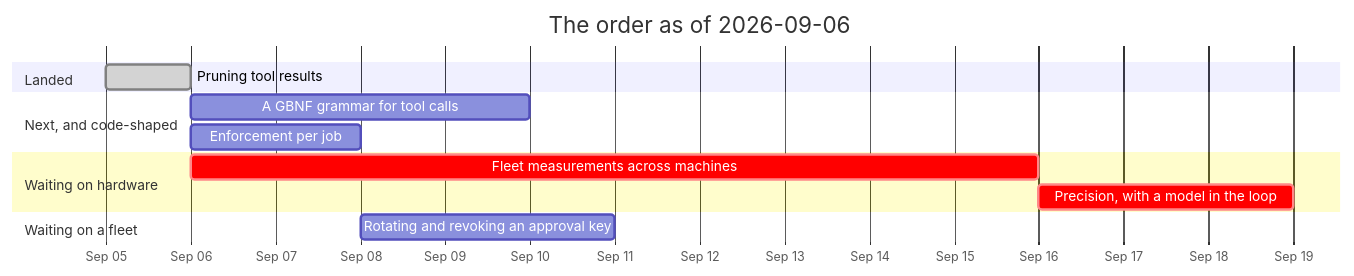
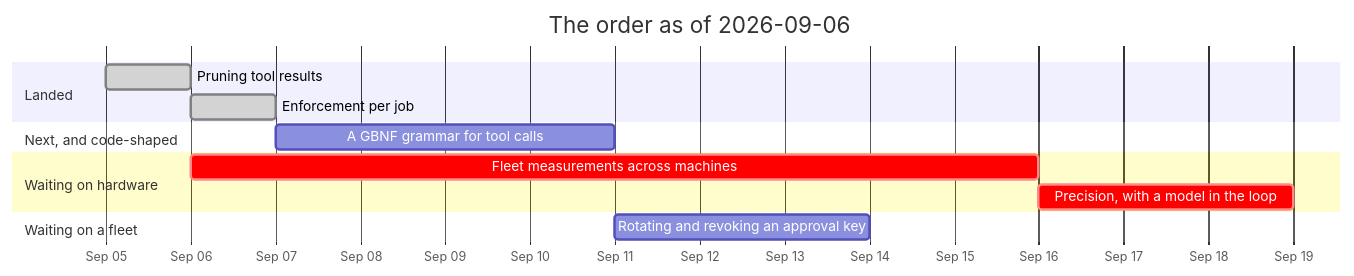
The diagram in ROADMAP/2026-09-06/README.md (jgermade/luu), drawn with Mermaid before and after one commit. The commit also changed other lines of this file and 12 other files, not shown here.

````diff
--- a/ROADMAP/2026-09-06/README.md
+++ b/ROADMAP/2026-09-06/README.md
@@ -37,16 +38,16 @@
 ```mermaid
 gantt
     title The order as of 2026-09-06
     dateFormat YYYY-MM-DD
     axisFormat %b %d
     section Landed
     Pruning tool results                   :done, prune, 2026-09-05, 1d
+    Enforcement per job                    :done, enf, 2026-09-06, 1d
     section Next, and code-shaped
-    A GBNF grammar for tool calls          :gbnf, 2026-09-06, 4d
-    Enforcement per job                    :enf, 2026-09-06, 2d
+    A GBNF grammar for tool calls          :gbnf, 2026-09-07, 4d
     section Waiting on hardware
     Fleet measurements across machines     :crit, bench, 2026-09-06, 10d
     Precision, with a model in the loop    :crit, prec, after bench, 3d
     section Waiting on a fleet
-    Rotating and revoking an approval key  :keys, after enf, 3d
+    Rotating and revoking an approval key  :keys, after gbnf, 3d
 ```
````
